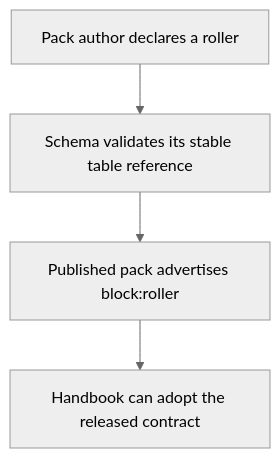
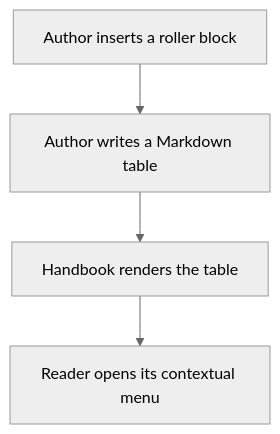
One commit to RebelliousSmile/obsidian-handbook changed the first of 2 diagrams in aidd_docs/tasks/2026_09/2026_09_22_roller-dice-roller-integration/phase-1.md. Above: the diagram before and after it, drawn with Mermaid (neutral theme). The commit also changed other lines of this file and 14 other files, not shown here.

````diff
--- a/aidd_docs/tasks/2026_09/2026_09_22_roller-dice-roller-integration/phase-1.md
+++ b/aidd_docs/tasks/2026_09/2026_09_22_roller-dice-roller-integration/phase-1.md
@@ -26,6 +26,6 @@
 ```mermaid
 flowchart TD
-  A[Pack author declares a roller] --> B[Schema validates its stable table reference]
-  B --> C[Published pack advertises block:roller]
-  C --> D[Handbook can adopt the released contract]
+  A[Author inserts a roller block] --> B[Author writes a Markdown table]
+  B --> C[Handbook renders the table]
+  C --> D[Reader opens its contextual menu]
 ```
````
